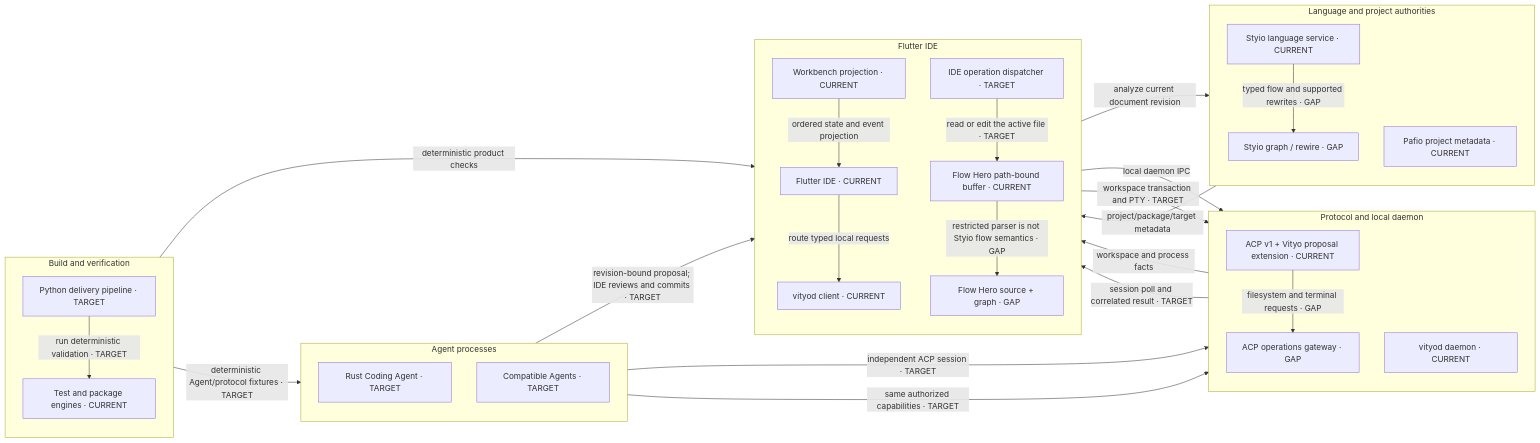
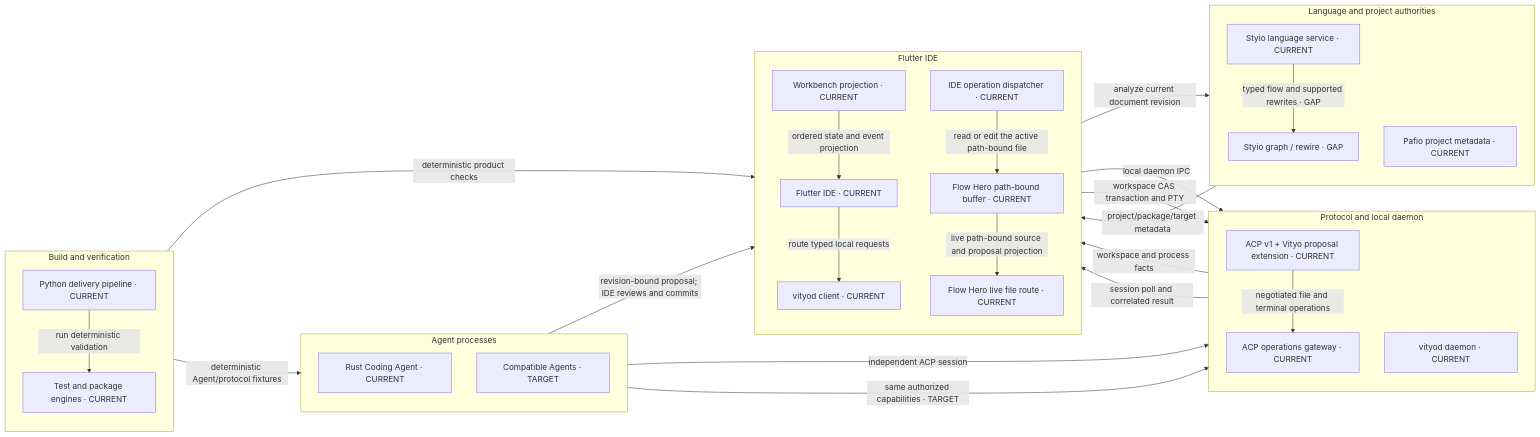
The diagram in docs/design/Vityo-System-Architecture.md (Unka-Malloc/vityo-nightly), drawn with Mermaid before and after one commit. The commit also changed other lines of this file and 9 other files, not shown here.

Commit message:
Update architecture for Rust Agent cutover

````diff
--- a/docs/design/Vityo-System-Architecture.md
+++ b/docs/design/Vityo-System-Architecture.md
@@ -20,52 +20,52 @@
 ```mermaid
 flowchart LR
   subgraph agents["Agent processes"]
     direction TB
-    rust_agent["Rust Coding Agent · TARGET"]
+    rust_agent["Rust Coding Agent · CURRENT"]
     compatible_agents["Compatible Agents · TARGET"]
   end
   subgraph protocol["Protocol and local daemon"]
     direction TB
     agent_protocol["ACP v1 + Vityo proposal extension · CURRENT"]
-    standard_operations_gap["ACP operations gateway · GAP"]
+    acp_operations_gateway["ACP operations gateway · CURRENT"]
     vityod["vityod daemon · CURRENT"]
   end
   subgraph client["Flutter IDE"]
     direction TB
     workbench_projection["Workbench projection · CURRENT"]
     flutter_ide["Flutter IDE · CURRENT"]
     local_daemon_client["vityod client · CURRENT"]
-    neutral_operation_dispatcher["IDE operation dispatcher · TARGET"]
+    neutral_operation_dispatcher["IDE operation dispatcher · CURRENT"]
     flow_hero_buffers["Flow Hero path-bound buffer · CURRENT"]
-    flow_hero["Flow Hero source + graph · GAP"]
+    flow_hero["Flow Hero live file route · CURRENT"]
   end
   subgraph authorities["Language and project authorities"]
     direction TB
     styio["Styio language service · CURRENT"]
     flow_semantics_gap["Styio graph / rewire · GAP"]
     pafio["Pafio project metadata · CURRENT"]
   end
   subgraph delivery["Build and verification"]
     direction TB
-    python_delivery["Python delivery pipeline · TARGET"]
+    python_delivery["Python delivery pipeline · CURRENT"]
     quality_engines["Test and package engines · CURRENT"]
   end
   flutter_ide -->|"route typed local requests"| local_daemon_client
   local_daemon_client -->|"local daemon IPC"| vityod
   vityod -->|"workspace and process facts"| workbench_projection
   workbench_projection -->|"ordered state and event projection"| flutter_ide
-  rust_agent -->|"independent ACP session · TARGET"| agent_protocol
+  rust_agent -->|"independent ACP session"| agent_protocol
   compatible_agents -->|"same authorized capabilities · TARGET"| agent_protocol
-  agent_protocol -->|"filesystem and terminal requests · GAP"| standard_operations_gap
-  standard_operations_gap -->|"session poll and correlated result · TARGET"| neutral_operation_dispatcher
-  neutral_operation_dispatcher -->|"read or edit the active file · TARGET"| flow_hero_buffers
-  flow_hero_buffers -->|"restricted parser is not Styio flow semantics · GAP"| flow_hero
-  neutral_operation_dispatcher -->|"workspace transaction and PTY · TARGET"| vityod
-  rust_agent -->|"revision-bound proposal; IDE reviews and commits · TARGET"| flutter_ide
+  agent_protocol -->|"negotiated file and terminal operations"| acp_operations_gateway
+  acp_operations_gateway -->|"session poll and correlated result"| neutral_operation_dispatcher
+  neutral_operation_dispatcher -->|"read or edit the active path-bound file"| flow_hero_buffers
+  flow_hero_buffers -->|"live path-bound source and proposal projection"| flow_hero
+  neutral_operation_dispatcher -->|"workspace CAS transaction and PTY"| vityod
+  rust_agent -->|"revision-bound proposal; IDE reviews and commits"| flutter_ide
   flutter_ide -->|"analyze current document revision"| styio
   styio -->|"typed flow and supported rewrites · GAP"| flow_semantics_gap
   pafio -->|"project/package/target metadata"| flutter_ide
-  python_delivery -->|"run deterministic validation · TARGET"| quality_engines
+  python_delivery -->|"run deterministic validation"| quality_engines
   quality_engines -->|"deterministic product checks"| flutter_ide
-  quality_engines -->|"deterministic Agent/protocol fixtures · TARGET"| rust_agent
+  quality_engines -->|"deterministic Agent/protocol fixtures"| rust_agent
 ```
````
